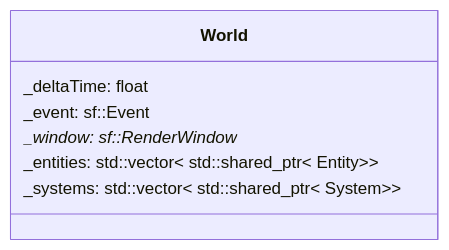
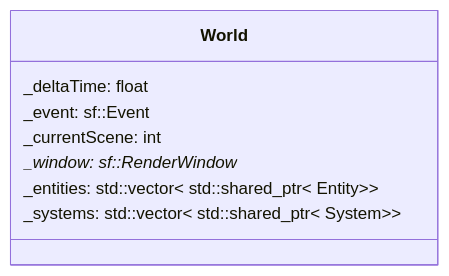
One commit to MYAMBO/R-Type changed the diagram in docs/ECS/World.md. Above: the diagram before and after it, drawn with Mermaid. The commit also changed other lines of this file and 2 other files, not shown here.

Commit message:
feat((World): add current scene to world for the display

````diff
--- a/docs/ECS/World.md
+++ b/docs/ECS/World.md
@@ -19,10 +21,11 @@
 ```mermaid
 classDiagram
   class World {
     _deltaTime: float
     _event: sf::Event
+    _currentScene: int
     _window: sf::RenderWindow *
     _entities: std::vector< std::shared_ptr< Entity>>
     _systems: std::vector< std::shared_ptr< System>>
   }
 ```
````
